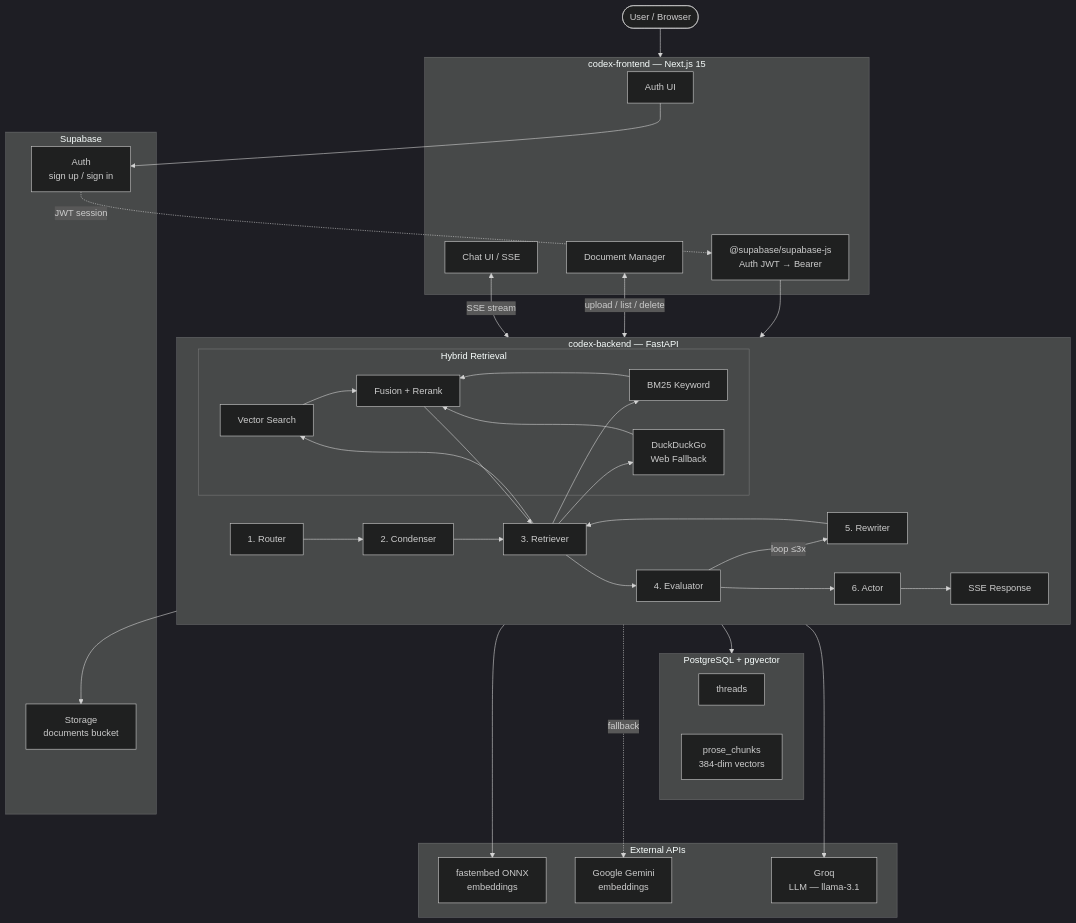
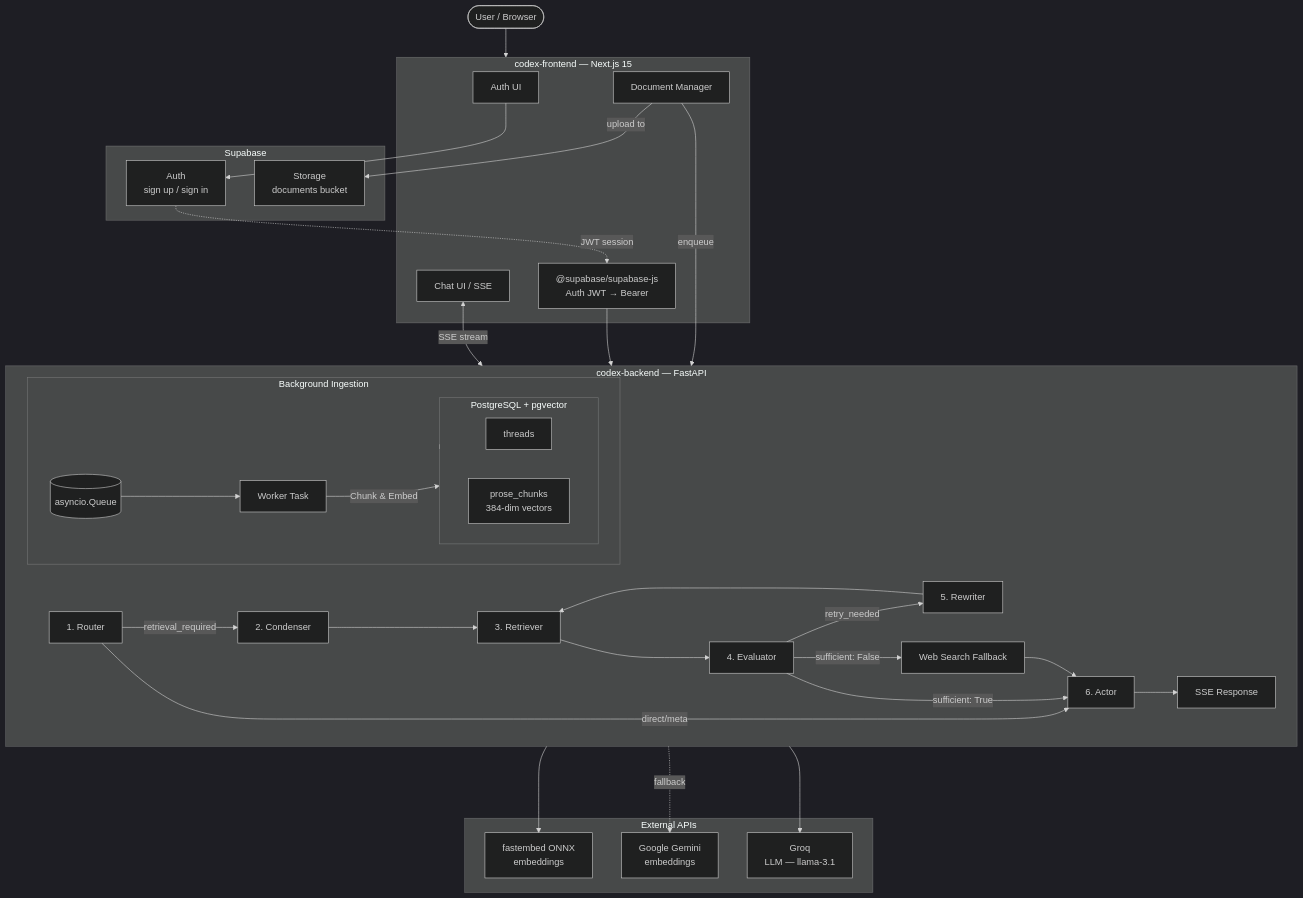
Before and after one commit to anmolsharma152/CodexEngine: the diagram in README.md, drawn with Mermaid (dark theme).

Commit message:
docs: Update README architecture flowchart for queue and meta-routing

````diff
--- a/README.md
+++ b/README.md
@@ -101,63 +101,65 @@
 ```mermaid
 flowchart TD
     User([User / Browser])
 
     subgraph Frontend [codex-frontend — Next.js 15]
         AuthUI[Auth UI]
         ChatUI[Chat UI / SSE]
         DocMgr[Document Manager]
         SupaSDK["@supabase/supabase-js<br>Auth JWT → Bearer"]
     end
 
     subgraph Supabase [Supabase]
         SA[Auth<br>sign up / sign in]
         SB[Storage<br>documents bucket]
     end
 
     subgraph Backend [codex-backend — FastAPI]
         direction LR
-        R[1. Router] --> C[2. Condenser] --> Ret[3. Retriever]
+        
+        %% Graph Flow
+        R[1. Router] -->|retrieval_required| C[2. Condenser]
+        R -->|direct/meta| A[6. Actor]
+        C --> Ret[3. Retriever]
         Ret --> E[4. Evaluator]
-        E -->|loop ≤3x| RW[5. Rewriter]
+        E -->|retry_needed| RW[5. Rewriter]
         RW --> Ret
-        E --> A[6. Actor]
+        E -->|sufficient: False| WS[Web Search Fallback]
+        E -->|sufficient: True| A
+        WS --> A
         A --> Resp[SSE Response]
 
-        subgraph Retrieval [Hybrid Retrieval]
-            VEC[Vector Search]
-            BM[BM25 Keyword]
-            WEB[DuckDuckGo<br>Web Fallback]
-            Fuse[Fusion + Rerank]
+        %% Ingestion Flow
+        subgraph Ingestion [Background Ingestion]
+            Q[(asyncio.Queue)]
+            Worker[Worker Task]
+            Q --> Worker
+            Worker -->|Chunk & Embed| DB
         end
     end
 
     subgraph DB [PostgreSQL + pgvector]
         Threads[threads]
         Chunks[prose_chunks<br>384-dim vectors]
     end
 
     subgraph External [External APIs]
         Groq[Groq<br>LLM — llama-3.1]
         Gemini[Google Gemini<br>embeddings]
         FastEmbed[fastembed ONNX<br>embeddings]
     end
 
     User --> Frontend
     AuthUI --> SA
     SA -.->|JWT session| SupaSDK
     SupaSDK --> Backend
     ChatUI <-->|SSE stream| Backend
-    DocMgr <-->|upload / list / delete| Backend
-
-    Backend --> SB
+    DocMgr -->|upload to| SB
+    DocMgr -->|enqueue| Q
+    
     Backend --> DB
-    Ret --> VEC
-    Ret --> BM
-    Ret --> WEB
-    VEC & BM & WEB --> Fuse
-    Fuse --> Ret
-
-    VEC ---> FastEmbed
-    VEC -.->|fallback| Gemini
+    
+    Ret ---> FastEmbed
+    Ret -.->|fallback| Gemini
     Backend ---> Groq
 ```
````
